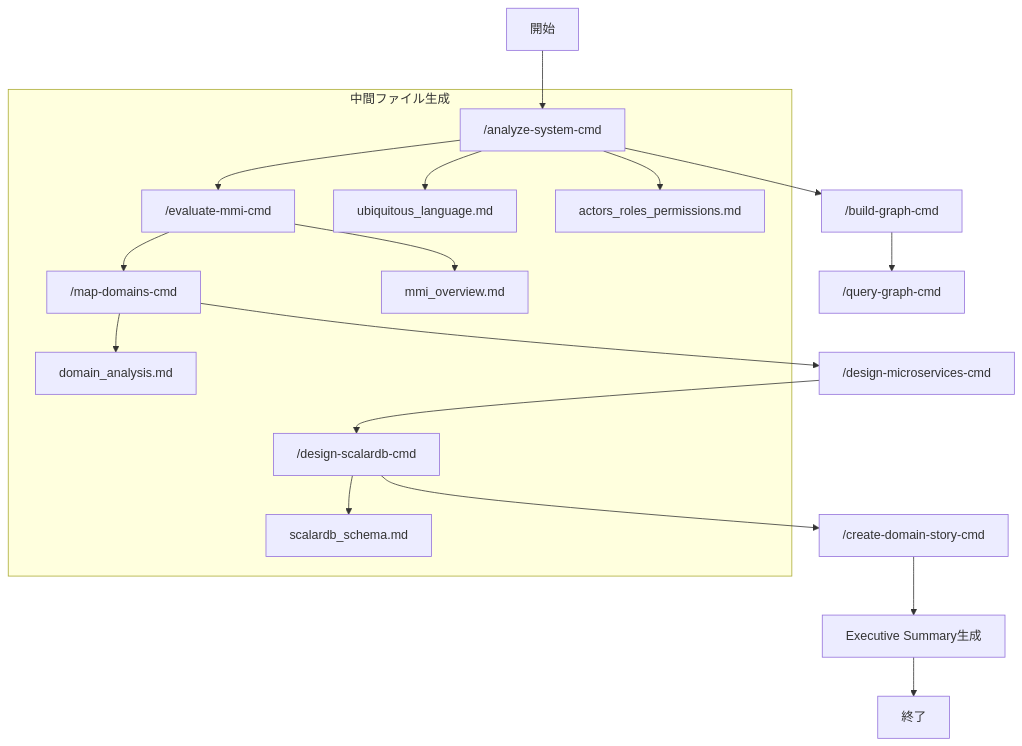
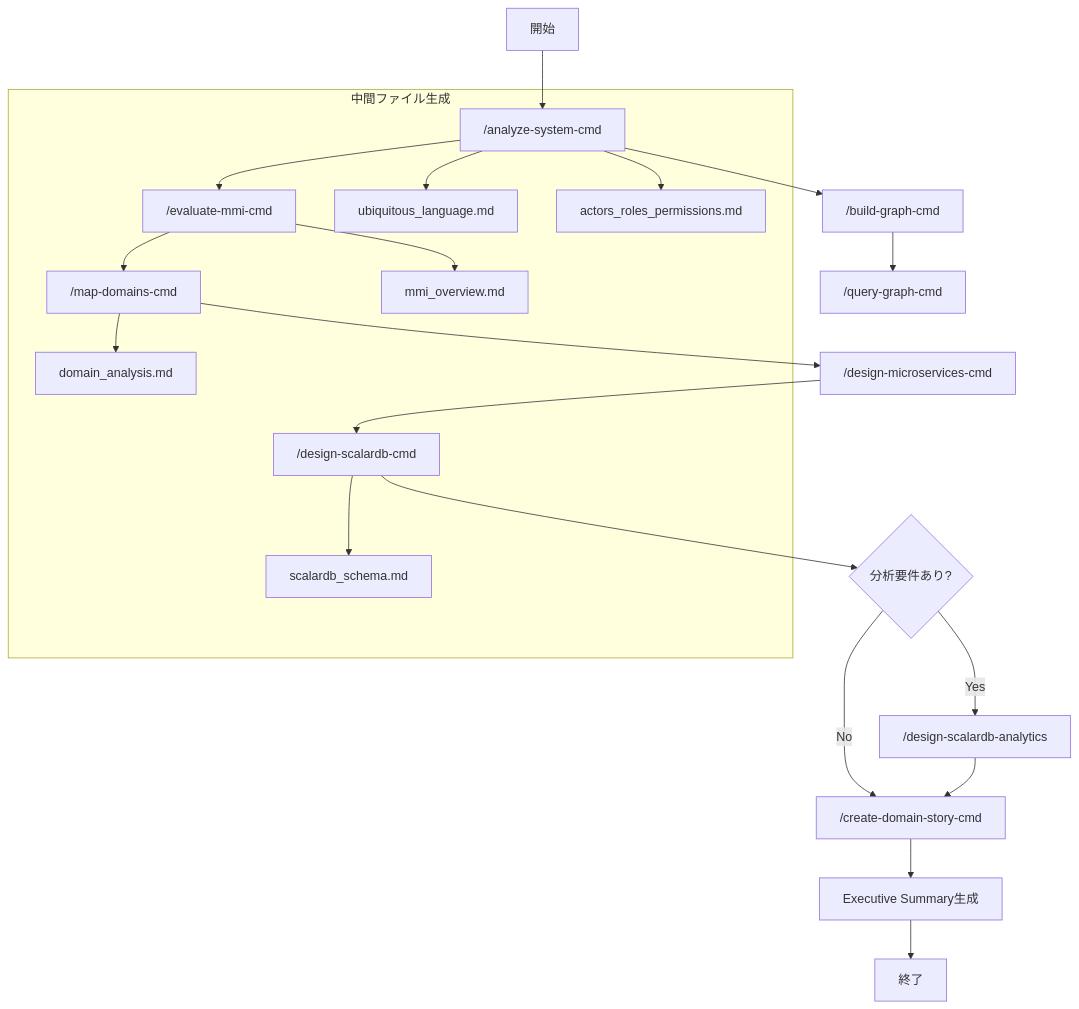
The first of 3 diagrams in README.md (wfukatsu/rearchitect-agent), drawn with Mermaid before and after one commit. The commit also changed other lines of this file and 20 other files, not shown here.

````diff
--- a/README.md
+++ b/README.md
@@ -224,21 +249,24 @@
 ```mermaid
 graph TD
     A[開始] --> B["/analyze-system-cmd"]
     B --> C["/evaluate-mmi-cmd"]
     C --> D["/map-domains-cmd"]
     D --> E["/design-microservices-cmd"]
     E --> F["/design-scalardb-cmd"]
-    F --> G["/create-domain-story-cmd"]
+    F --> F2{分析要件あり?}
+    F2 -->|Yes| FA["/design-scalardb-analytics"]
+    F2 -->|No| G["/create-domain-story-cmd"]
+    FA --> G
     G --> H["Executive Summary生成"]
     H --> I["終了"]
     B --> J["/build-graph-cmd"]
     J --> K["/query-graph-cmd"]
 
     subgraph 中間ファイル生成
         B --> B1[ubiquitous_language.md]
         B --> B2[actors_roles_permissions.md]
         C --> C1[mmi_overview.md]
         D --> D1[domain_analysis.md]
         F --> F1[scalardb_schema.md]
     end
 ```
````
